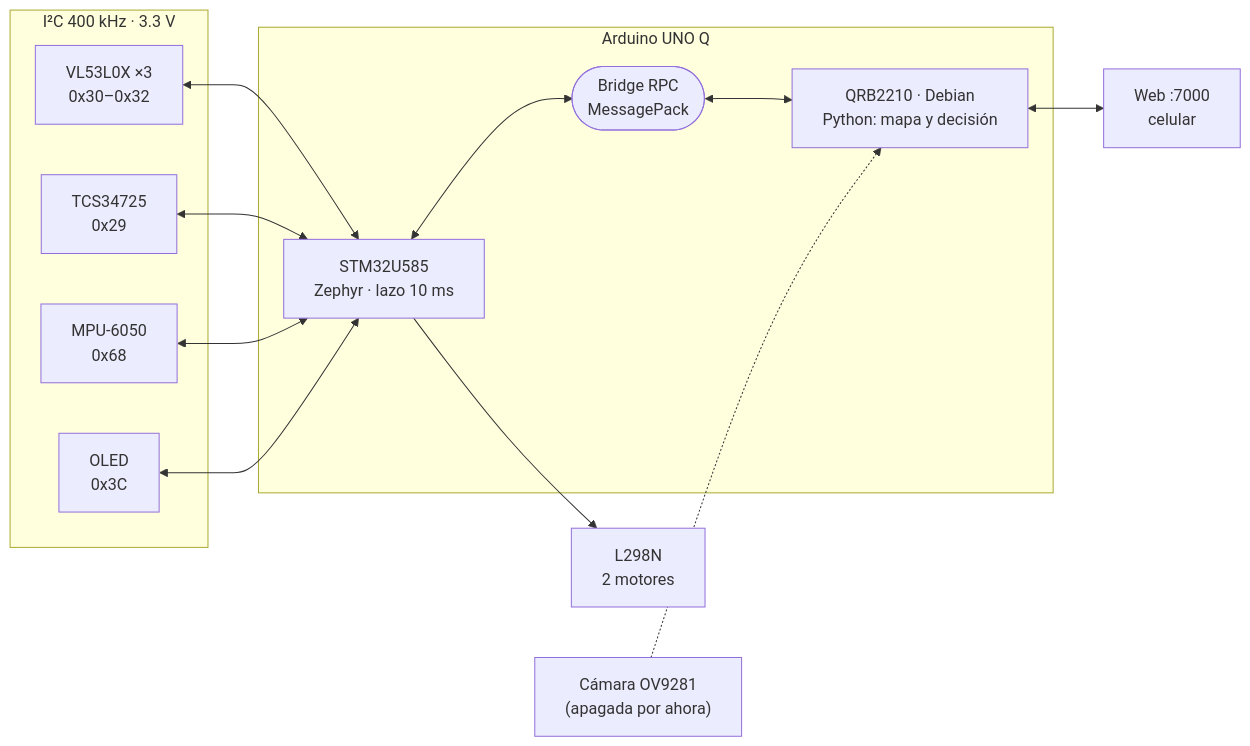
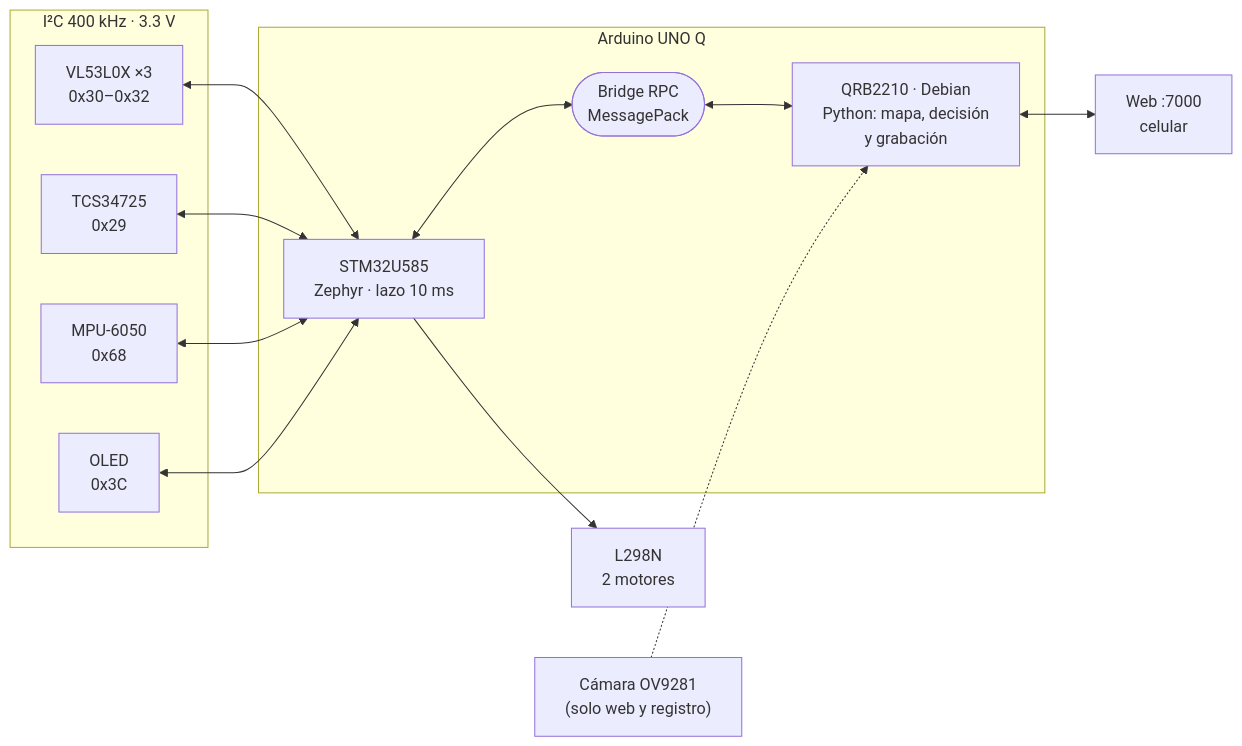
Before and after one commit to Happenedspice17/sumo-v-ia: the first of 3 diagrams in docs/manual_jueces.md, drawn with Mermaid. The commit also changed other lines of this file and 1 other file, not shown here.

````diff
--- a/docs/manual_jueces.md
+++ b/docs/manual_jueces.md
@@ -63,22 +63,22 @@
 ```mermaid
 flowchart LR
   subgraph S["I²C 400 kHz · 3.3 V"]
     T1["VL53L0X ×3<br/>0x30–0x32"]
     C["TCS34725<br/>0x29"]
     M["MPU-6050<br/>0x68"]
     O["OLED<br/>0x3C"]
   end
   subgraph Q["Arduino UNO Q"]
     STM["STM32U585<br/>Zephyr · lazo 10 ms"]
     BR(["Bridge RPC<br/>MessagePack"])
-    LNX["QRB2210 · Debian<br/>Python: mapa y decisión"]
+    LNX["QRB2210 · Debian<br/>Python: mapa, decisión<br/>y grabación"]
   end
   T1 <--> STM
   C <--> STM
   M <--> STM
   O <--> STM
   STM <--> BR <--> LNX
   STM --> H["L298N<br/>2 motores"]
-  CAM["Cámara OV9281<br/>(apagada por ahora)"] -.-> LNX
+  CAM["Cámara OV9281<br/>(solo web y registro)"] -.-> LNX
   LNX <--> WEB["Web :7000<br/>celular"]
 ```
````
